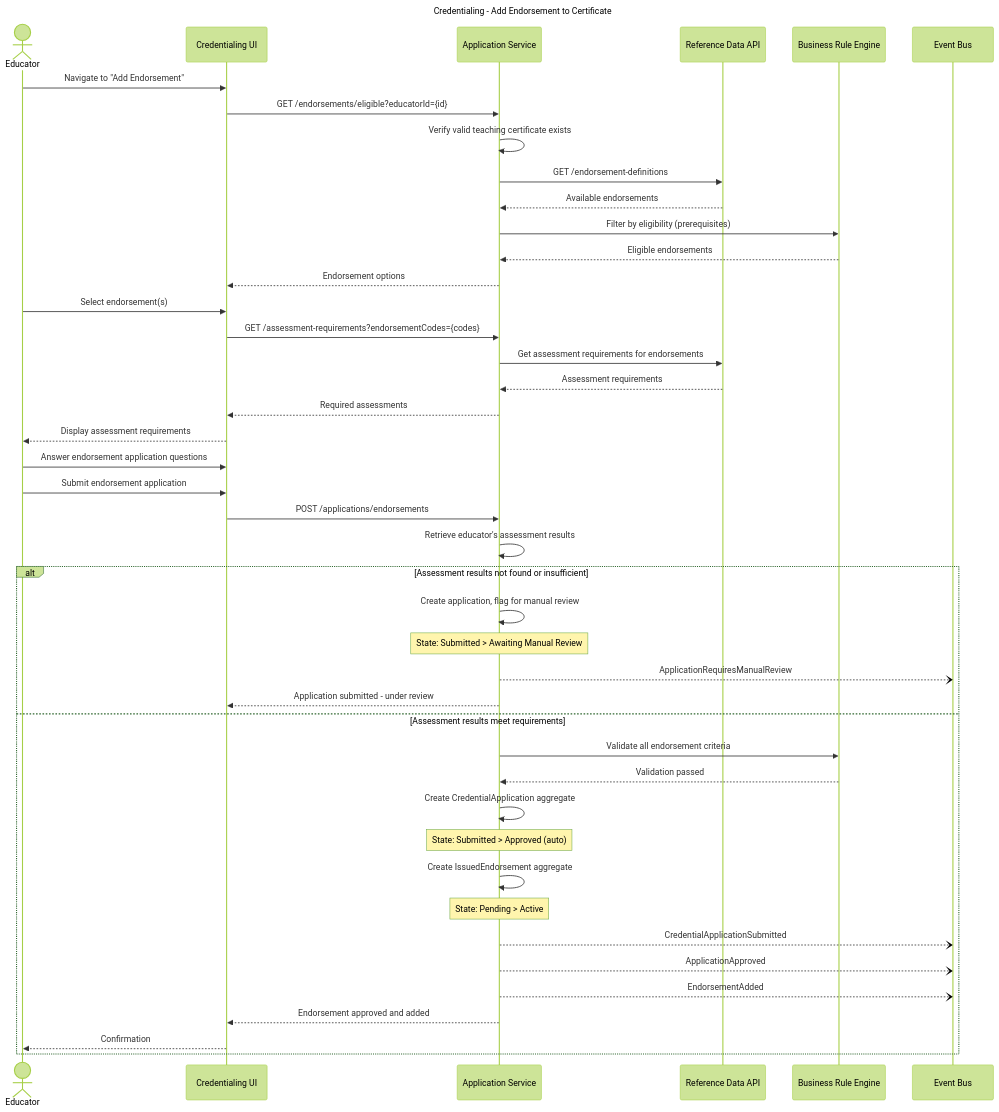
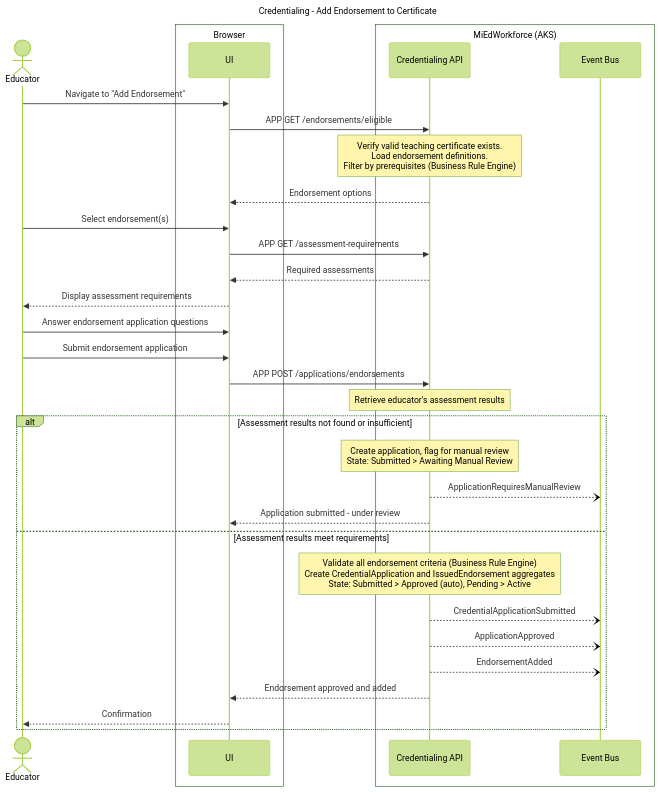
Before and after one commit to mnichols-dl/mied-design: the seventh of 23 diagrams in working-docs/solution-areas/credentialing/credentialing-sequences.md, drawn with Mermaid (forest theme). The commit also changed other lines of this file and 34 other files, not shown here.

Commit message:
Update sequences and perform RTM assessment

````diff
--- a/working-docs/solution-areas/credentialing/credentialing-sequences.md
+++ b/working-docs/solution-areas/credentialing/credentialing-sequences.md
@@ -323,58 +421,42 @@
 ```mermaid
 ---
 title: Credentialing - Add Endorsement to Certificate
 ---
 sequenceDiagram
     actor Educator
-    participant UI as Credentialing UI
-    participant AppService as Application Service
-    participant RefData as Reference Data API
-    participant BRM as Business Rule Engine
-    participant EventBus as Event Bus
-    
+    box Browser
+        participant UI
+    end
+    box MiEdWorkforce (AKS)
+        participant CredApi as Credentialing API
+        participant EventBus as Event Bus
+    end
+
     Educator->>UI: Navigate to "Add Endorsement"
-    UI->>AppService: GET /endorsements/eligible?educatorId={id}
-    AppService->>AppService: Verify valid teaching certificate exists
-    AppService->>RefData: GET /endorsement-definitions
-    RefData-->>AppService: Available endorsements
-    AppService->>BRM: Filter by eligibility (prerequisites)
-    BRM-->>AppService: Eligible endorsements
-    AppService-->>UI: Endorsement options
-    
+    UI->>CredApi: APP GET /endorsements/eligible
+    Note over CredApi: Verify valid teaching certificate exists.<br/>Load endorsement definitions.<br/>Filter by prerequisites (Business Rule Engine)
+    CredApi-->>UI: Endorsement options
+
     Educator->>UI: Select endorsement(s)
-    UI->>AppService: GET /assessment-requirements?endorsementCodes={codes}
-    AppService->>RefData: Get assessment requirements for endorsements
-    RefData-->>AppService: Assessment requirements
-    AppService-->>UI: Required assessments
+    UI->>CredApi: APP GET /assessment-requirements
+    CredApi-->>UI: Required assessments
+    UI-->>Educator: Display assessment requirements
 
-    UI-->>Educator: Display assessment requirements
-    
     Educator->>UI: Answer endorsement application questions
     Educator->>UI: Submit endorsement application
-    UI->>AppService: POST /applications/endorsements
-    
-    AppService->>AppService: Retrieve educator's assessment results
-    
+    UI->>CredApi: APP POST /applications/endorsements
+    Note over CredApi: Retrieve educator's assessment results
+
     alt Assessment results not found or insufficient
-        AppService->>AppService: Create application, flag for manual review
-        Note over AppService: State: Submitted > Awaiting Manual Review
-        AppService--)EventBus: ApplicationRequiresManualReview
-        AppService-->>UI: Application submitted - under review
+        Note over CredApi: Create application, flag for manual review<br/>State: Submitted > Awaiting Manual Review
+        CredApi--)EventBus: ApplicationRequiresManualReview
+        CredApi-->>UI: Application submitted - under review
     else Assessment results meet requirements
-        AppService->>BRM: Validate all endorsement criteria
-        BRM-->>AppService: Validation passed
-        
-        AppService->>AppService: Create CredentialApplication aggregate
-        Note over AppService: State: Submitted > Approved (auto)
-        
-        AppService->>AppService: Create IssuedEndorsement aggregate
-        Note over AppService: State: Pending > Active
-        
-        AppService--)EventBus: CredentialApplicationSubmitted
-        AppService--)EventBus: ApplicationApproved
-        AppService--)EventBus: EndorsementAdded
-        
-        AppService-->>UI: Endorsement approved and added
+        Note over CredApi: Validate all endorsement criteria (Business Rule Engine)<br/>Create CredentialApplication and IssuedEndorsement aggregates<br/>State: Submitted > Approved (auto), Pending > Active
+        CredApi--)EventBus: CredentialApplicationSubmitted
+        CredApi--)EventBus: ApplicationApproved
+        CredApi--)EventBus: EndorsementAdded
+        CredApi-->>UI: Endorsement approved and added
         UI-->>Educator: Confirmation
     end
 ```
````
